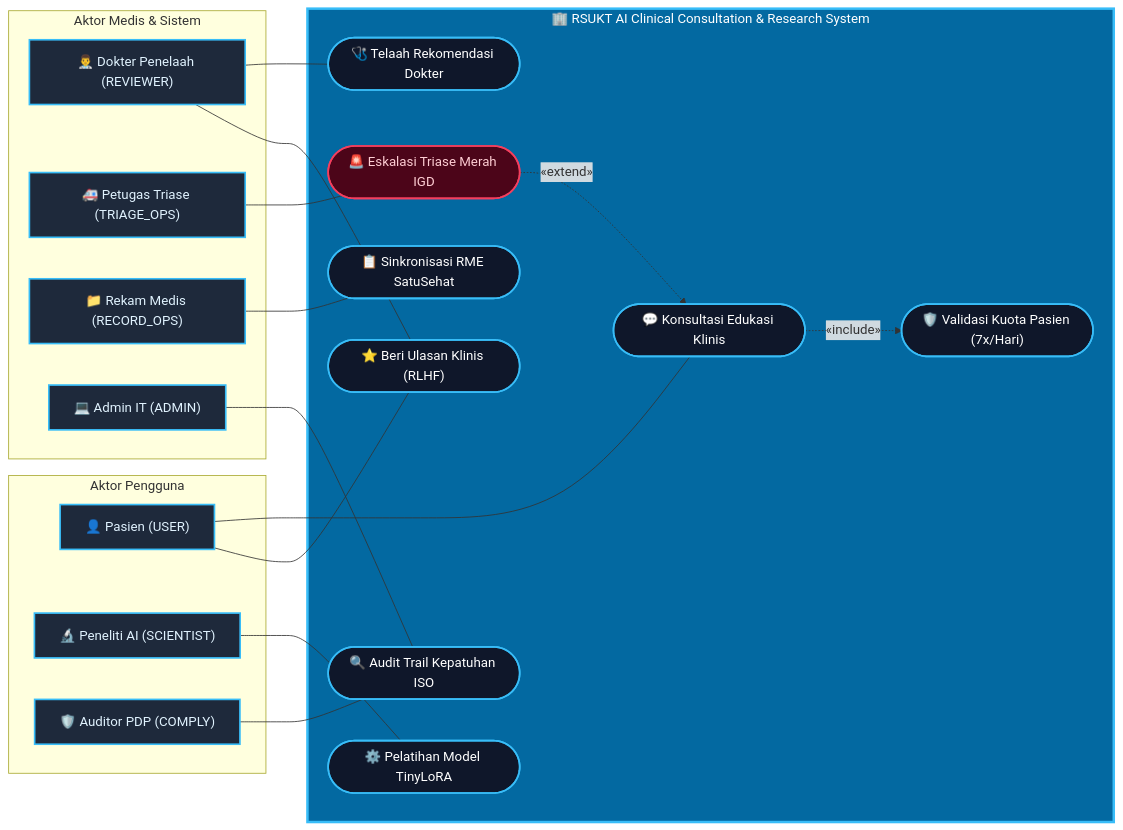
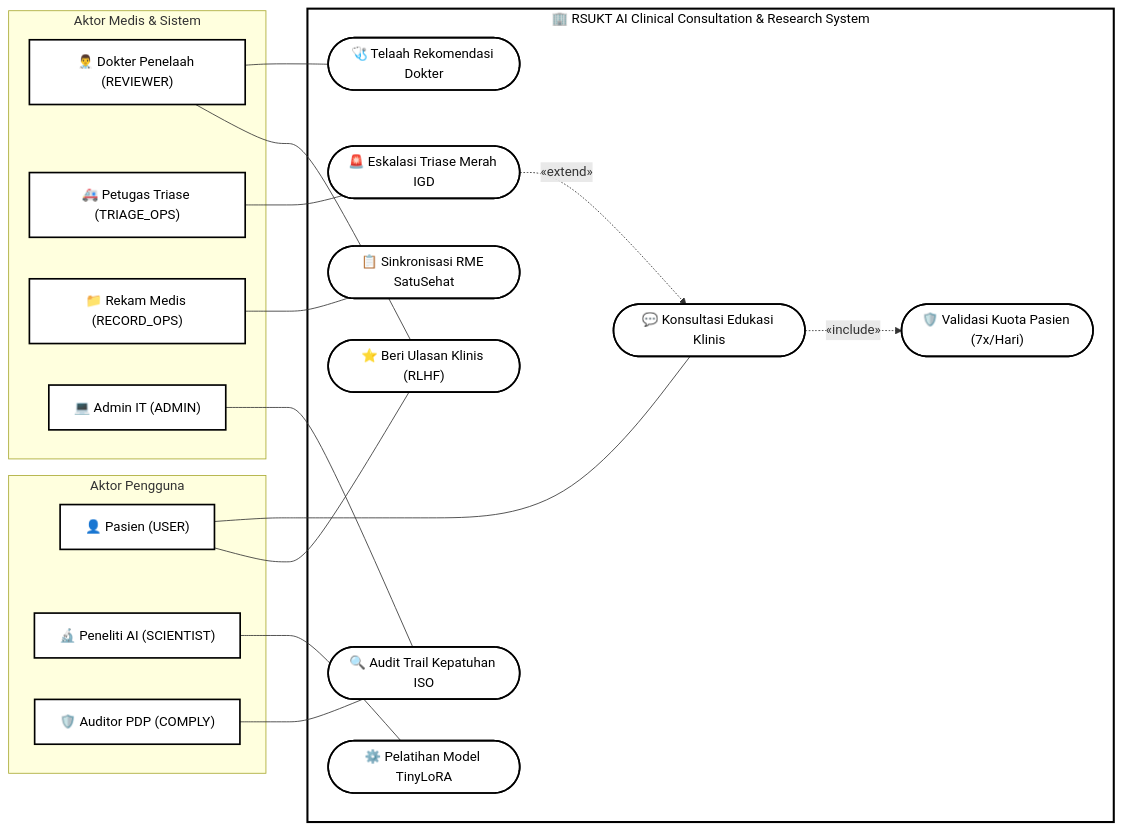
Before and after one commit to not162/record-medical-development: the second of 5 diagrams in docs/readme/02_UML_DAN_DIAGRAM_ARSITEKTUR.md, drawn with Mermaid. The commit also changed other lines of this file and 3 other files, not shown here.

Commit message:
style(diagrams): convert all diagrams, tables, and interactive suite to pure monochrome black-and-white

````diff
--- a/docs/readme/02_UML_DAN_DIAGRAM_ARSITEKTUR.md
+++ b/docs/readme/02_UML_DAN_DIAGRAM_ARSITEKTUR.md
@@ -153,54 +145,52 @@
 ```mermaid
 flowchart LR
     %% Aktor Pasien (Kiri)
     subgraph S_ACTORS_LEFT ["Aktor Pengguna"]
         P["👤 Pasien (USER)"]
         S["🔬 Peneliti AI (SCIENTIST)"]
         A["🛡️ Auditor PDP (COMPLY)"]
     end
 
-    %% Batas Sistem Utama (Kotak Biru Muda Sesuai Template Gambar 2)
+    %% Batas Sistem Utama (Kotak Hitam Putih Sesuai Template Gambar 2)
     subgraph SYSTEM_BOUNDARY ["🏢 RSUKT AI Clinical Consultation & Research System"]
         UC1(["💬 Konsultasi Edukasi Klinis"])
         UC2(["🛡️ Validasi Kuota Pasien (7x/Hari)"])
         UC3(["🚨 Eskalasi Triase Merah IGD"])
         UC4(["⭐ Beri Ulasan Klinis (RLHF)"])
         UC5(["🩺 Telaah Rekomendasi Dokter"])
         UC6(["⚙️ Pelatihan Model TinyLoRA"])
         UC7(["📋 Sinkronisasi RME SatuSehat"])
         UC8(["🔍 Audit Trail Kepatuhan ISO"])
 
         %% Include & Extend
         UC1 -. "«include»" .-> UC2
         UC3 -. "«extend»" .-> UC1
     end
 
     %% Aktor Klinis & Operasional (Kanan)
     subgraph S_ACTORS_RIGHT ["Aktor Medis & Sistem"]
         D["👨‍⚕️ Dokter Penelaah (REVIEWER)"]
         T["🚑 Petugas Triase (TRIAGE_OPS)"]
         R["📁 Rekam Medis (RECORD_OPS)"]
         ADM["💻 Admin IT (ADMIN)"]
     end
 
     %% Hubungan Aktor ke Use Case
     P --- UC1
     P --- UC4
     D --- UC5
     D --- UC4
     T --- UC3
     S --- UC6
     R --- UC7
     A --- UC8
     ADM --- UC8
 
-    classDef actorStyle fill:#1e293b,stroke:#38bdf8,stroke-width:2px,color:#e0f2fe;
-    classDef ucStyle fill:#0f172a,stroke:#38bdf8,stroke-width:2px,color:#ffffff;
-    classDef ucAlert fill:#4c0519,stroke:#f43f5e,stroke-width:2px,color:#fecdd3;
-    classDef sysStyle fill:#0369a1,stroke:#38bdf8,stroke-width:3px,color:#ffffff;
+    classDef monoActor fill:#ffffff,stroke:#000000,stroke-width:2px,color:#000000;
+    classDef monoUC fill:#ffffff,stroke:#000000,stroke-width:2px,color:#000000;
+    classDef monoSys fill:#ffffff,stroke:#000000,stroke-width:2.5px,color:#000000;
 
-    class P,S,A,D,T,R,ADM actorStyle;
-    class UC1,UC2,UC4,UC5,UC6,UC7,UC8 ucStyle;
-    class UC3 ucAlert;
-    class SYSTEM_BOUNDARY sysStyle;
+    class P,S,A,D,T,R,ADM monoActor;
+    class UC1,UC2,UC3,UC4,UC5,UC6,UC7,UC8 monoUC;
+    class SYSTEM_BOUNDARY monoSys;
 ```
````
